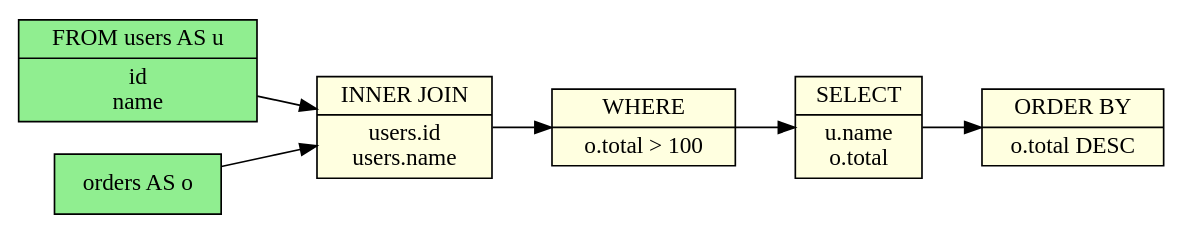
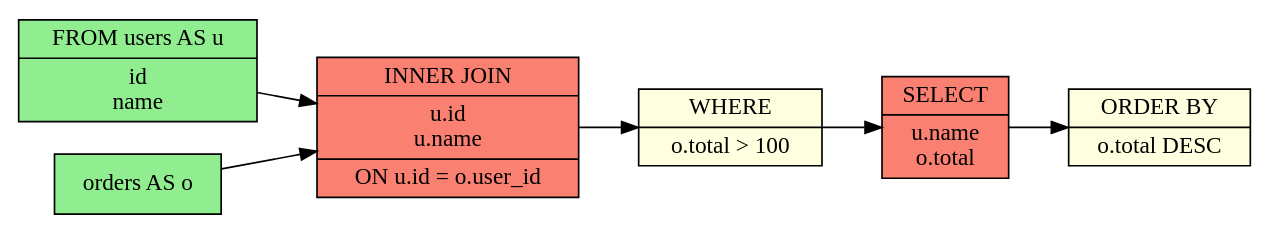
One commit to rot1024/sqloflow changed the diagram in examples/join_query.dot. Above: the diagram before and after it, drawn with Graphviz. The commit also changed 76 other files, not shown here.

Commit message:
feat: improve expression format, join node, column names

```diff
--- a/examples/join_query.dot
+++ b/examples/join_query.dot
@@ -1,23 +1,23 @@
 digraph schema_flow {
   rankdir=LR;
   node [shape=record];
 
   // Source tables
   node_0 [label="FROM users AS u|id\nname", style=filled, fillcolor=lightgreen];
 
   node_1 [label="orders AS o", style=filled, fillcolor=lightgreen];
   // Operations
   node_3 [label="WHERE|o.total \> 100", style=filled, fillcolor=lightyellow];
-  node_4 [label="SELECT|u.name\no.total", style=filled, fillcolor=lightyellow];
+  node_4 [label="SELECT|u.name\no.total", style=filled, fillcolor=salmon];
   node_5 [label="ORDER BY|o.total DESC", style=filled, fillcolor=lightyellow];
 
   // Data flow edges
 
   // JOIN operations with table info
-  node_2 [label="INNER JOIN|users.id\nusers.name", style=filled, fillcolor=lightyellow];
+  node_2 [label="INNER JOIN|u.id\nu.name|ON u.id = o.user_id", style=filled, fillcolor=salmon];
   node_0 -> node_2;
   node_1 -> node_2;
   node_2 -> node_3;
   node_3 -> node_4;
   node_4 -> node_5;
 }
```
